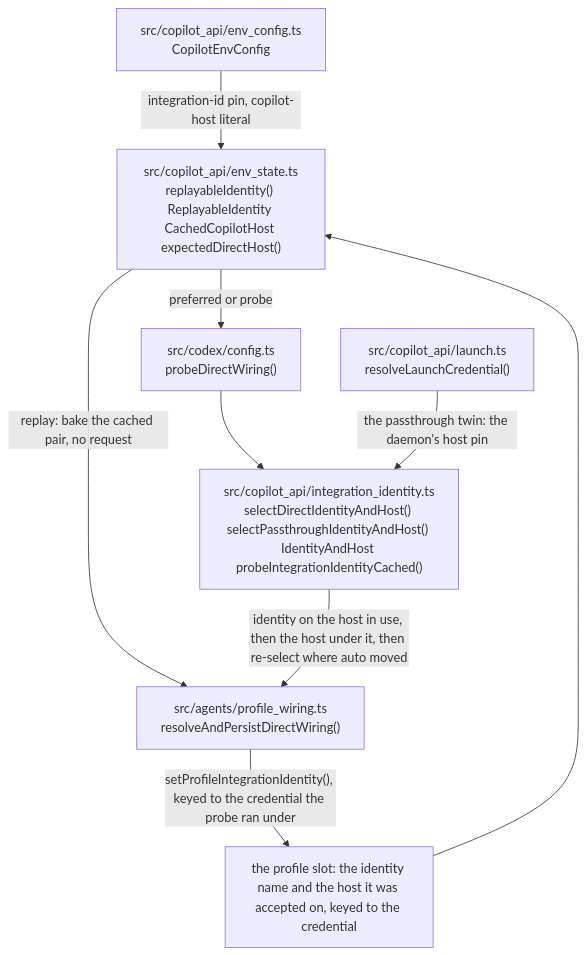
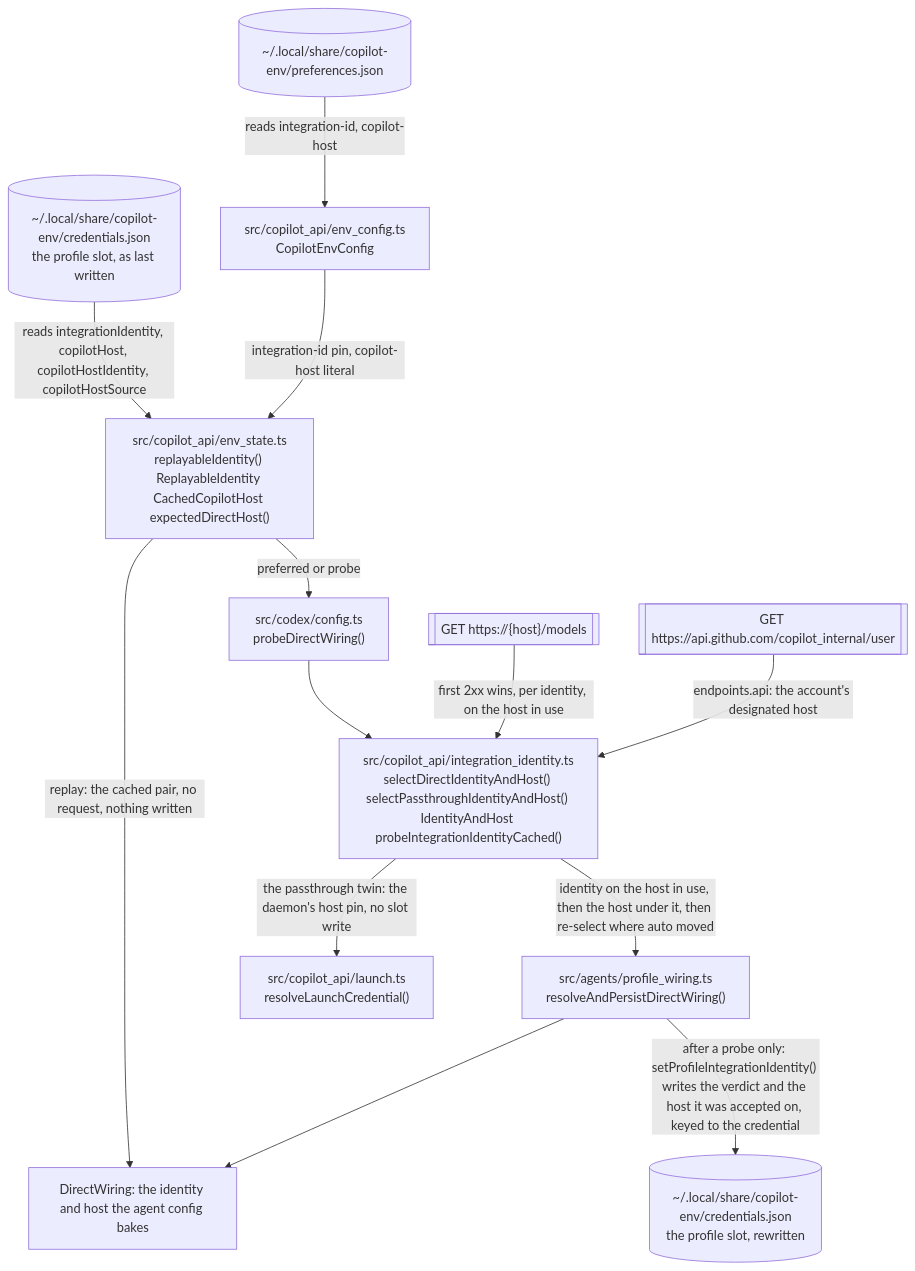
The second of 8 diagrams in docs/architecture.md (Vivswan/copilot-env), drawn with Mermaid before and after one commit. The commit also changed other lines of this file and 7 other files, not shown here.

Commit message:
docs: start every architecture diagram at what it reads and end at what it writes; group the site sidebar (#271)

````diff
--- a/docs/architecture.md
+++ b/docs/architecture.md
@@ -32,18 +64,27 @@
 ```mermaid
 flowchart TD
+  prefs[("~/.local/share/copilot-env/preferences.json")]
+  slotin[("~/.local/share/copilot-env/credentials.json<br>the profile slot, as last written")]
+  models[["GET https://{host}/models"]]
+  user[["GET https://api.github.com/copilot_internal/user"]]
   config["src/copilot_api/env_config.ts<br>CopilotEnvConfig"]
-  slot["the profile slot: the identity name and the host it was accepted on, keyed to the credential"]
   rule["src/copilot_api/env_state.ts<br>replayableIdentity() ReplayableIdentity CachedCopilotHost expectedDirectHost()"]
   persist["src/agents/profile_wiring.ts<br>resolveAndPersistDirectWiring()"]
   probe["src/codex/config.ts<br>probeDirectWiring()"]
   select["src/copilot_api/integration_identity.ts<br>selectDirectIdentityAndHost() selectPassthroughIdentityAndHost() IdentityAndHost probeIntegrationIdentityCached()"]
   launch["src/copilot_api/launch.ts<br>resolveLaunchCredential()"]
+  slotout[("~/.local/share/copilot-env/credentials.json<br>the profile slot, rewritten")]
+  wiringout["DirectWiring: the identity and host the agent config bakes"]
+  prefs -->|"reads integration-id, copilot-host"| config
+  slotin -->|"reads integrationIdentity, copilotHost, copilotHostIdentity, copilotHostSource"| rule
   config -->|"integration-id pin, copilot-host literal"| rule
-  slot --> rule
-  rule -->|"replay: bake the cached pair, no request"| persist
+  rule -->|"replay: the cached pair, no request, nothing written"| wiringout
   rule -->|"preferred or probe"| probe
   probe --> select
+  models -->|"first 2xx wins, per identity, on the host in use"| select
+  user -->|"endpoints.api: the account's designated host"| select
   select -->|"identity on the host in use, then the host under it, then re-select where auto moved"| persist
-  persist -->|"setProfileIntegrationIdentity(), keyed to the credential the probe ran under"| slot
-  launch -->|"the passthrough twin: the daemon's host pin"| select
+  persist -->|"after a probe only: setProfileIntegrationIdentity() writes the verdict and the host it was accepted on, keyed to the credential"| slotout
+  persist --> wiringout
+  select -->|"the passthrough twin: the daemon's host pin, no slot write"| launch
 ```
````
